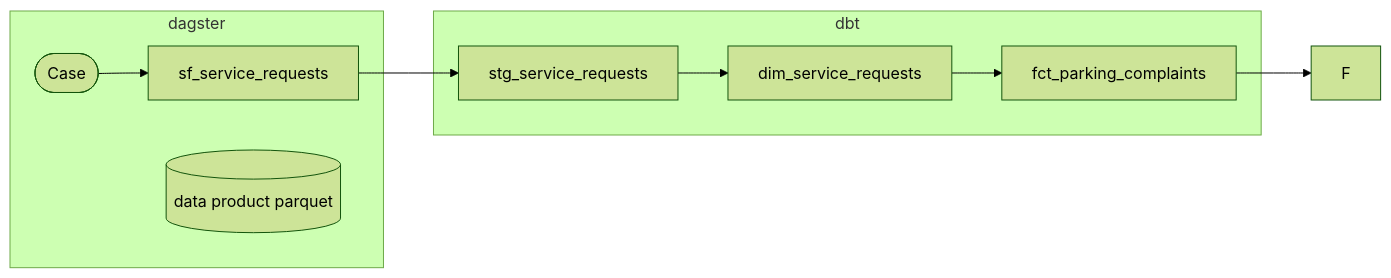
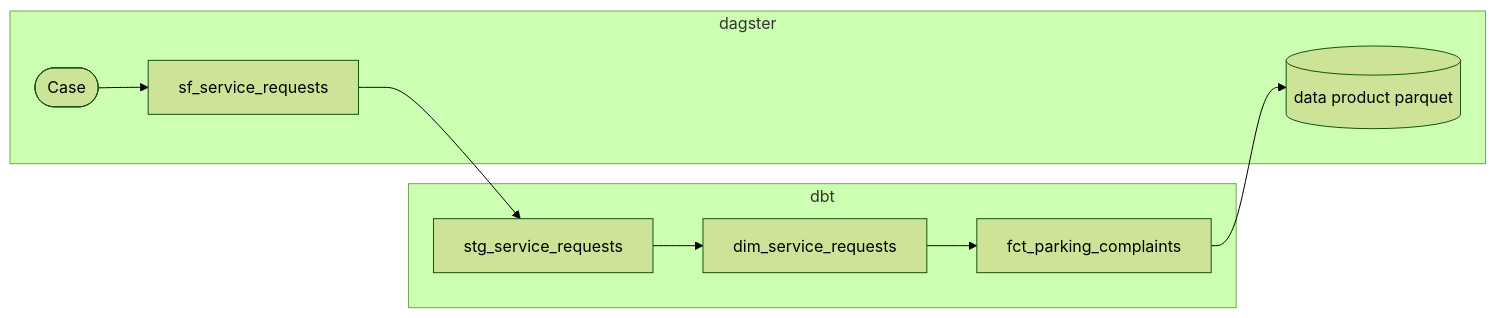
One commit to balt-opi/rfcs changed the first of 2 diagrams in 001-teo-app-backend/proposal.md. Above: the diagram before and after it, drawn with Mermaid (forest theme).

Commit message:
fix typo pt2

````diff
--- a/001-teo-app-backend/proposal.md
+++ b/001-teo-app-backend/proposal.md
@@ -32,18 +32,18 @@
 ```mermaid
 flowchart LR
   subgraph dagster["dagster"]
     A([Case]) --> B[sf_service_requests]
   end
 
   subgraph dbt["dbt"]
     B --> C[stg_service_requests]
     C --> D[dim_service_requests]
     D --> E[fct_parking_complaints]
   end
 
   subgraph dagster["dagster"]
-    G[(data product parquet)]
+    F[(data product parquet)]
   end
 
   E --> F
 ```
````
